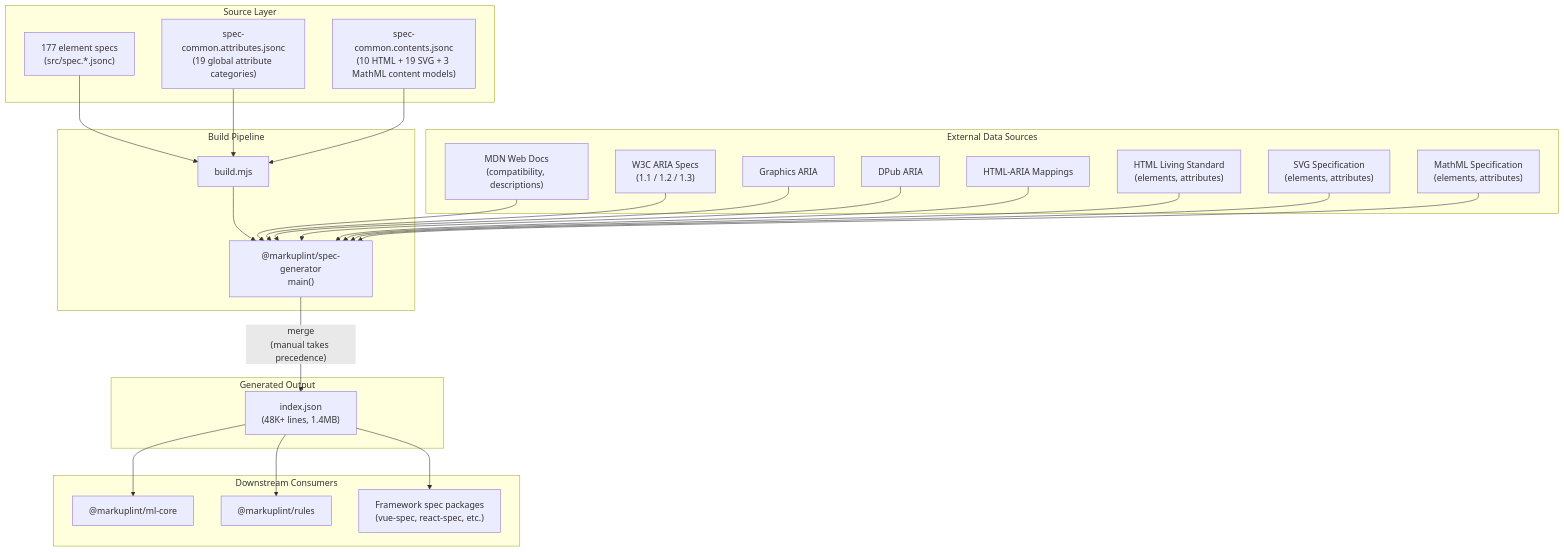
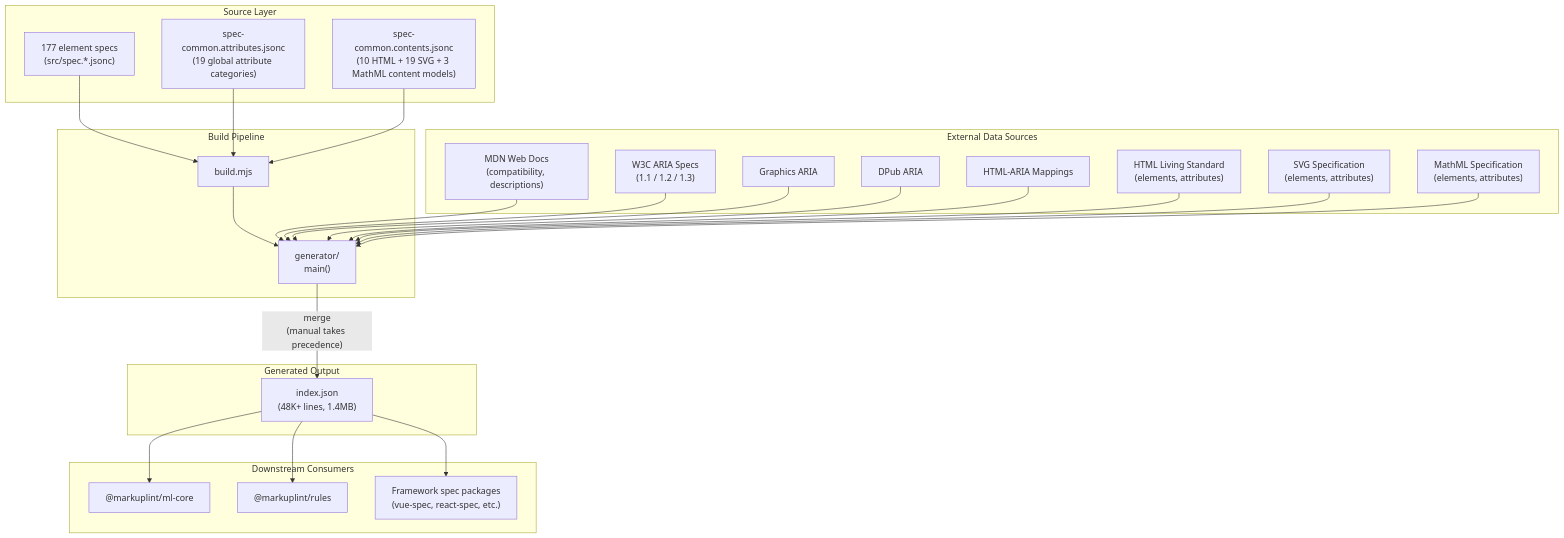
The first of 2 diagrams in packages/@markuplint/html-spec/ARCHITECTURE.md (markuplint/markuplint), drawn with Mermaid before and after one commit. The commit also changed other lines of this file and 16 other files, not shown here.

First line of the commit message:
chore: remove stale @markuplint/spec-generator references

````diff
--- a/packages/@markuplint/html-spec/ARCHITECTURE.md
+++ b/packages/@markuplint/html-spec/ARCHITECTURE.md
@@ -31,54 +31,54 @@
 ```mermaid
 flowchart TD
     subgraph sources ["Source Layer"]
         elemSpecs["177 element specs\n(src/spec.*.jsonc)"]
         commonAttrs["spec-common.attributes.jsonc\n(19 global attribute categories)"]
         commonContents["spec-common.contents.jsonc\n(10 HTML + 19 SVG + 3 MathML content models)"]
     end
 
     subgraph build ["Build Pipeline"]
         buildScript["build.mjs"]
-        specGen["@markuplint/spec-generator\nmain()"]
+        specGen["generator/\nmain()"]
     end
 
     subgraph external ["External Data Sources"]
         mdn["MDN Web Docs\n(compatibility, descriptions)"]
         aria["W3C ARIA Specs\n(1.1 / 1.2 / 1.3)"]
         graphicsAria["Graphics ARIA"]
         dpubAria["DPub ARIA"]
         htmlAria["HTML-ARIA Mappings"]
         htmlLS["HTML Living Standard\n(elements, attributes)"]
         svg["SVG Specification\n(elements, attributes)"]
         mathml["MathML Specification\n(elements, attributes)"]
     end
 
     subgraph output ["Generated Output"]
         indexJson["index.json\n(48K+ lines, 1.4MB)"]
     end
 
     subgraph consumers ["Downstream Consumers"]
         mlCore["@markuplint/ml-core"]
         rules["@markuplint/rules"]
         fwSpecs["Framework spec packages\n(vue-spec, react-spec, etc.)"]
     end
 
     elemSpecs --> buildScript
     commonAttrs --> buildScript
     commonContents --> buildScript
     buildScript --> specGen
 
     mdn --> specGen
     aria --> specGen
     graphicsAria --> specGen
     dpubAria --> specGen
     htmlAria --> specGen
     htmlLS --> specGen
     svg --> specGen
     mathml --> specGen
 
     specGen -->|"merge\n(manual takes precedence)"| indexJson
 
     indexJson --> mlCore
     indexJson --> rules
     indexJson --> fwSpecs
 ```
````
